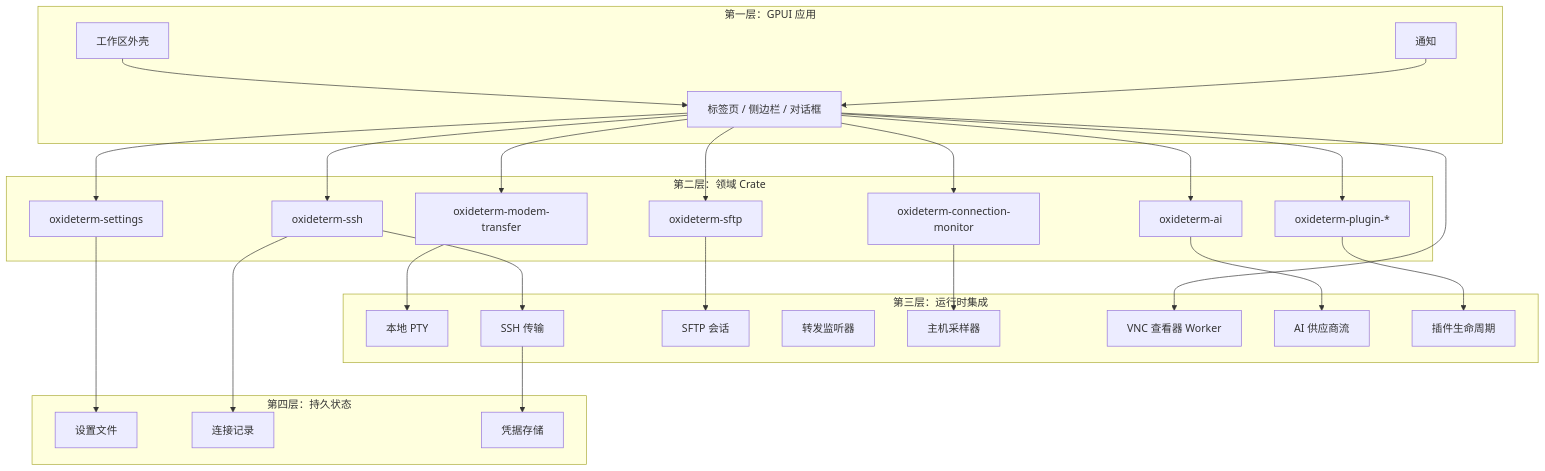
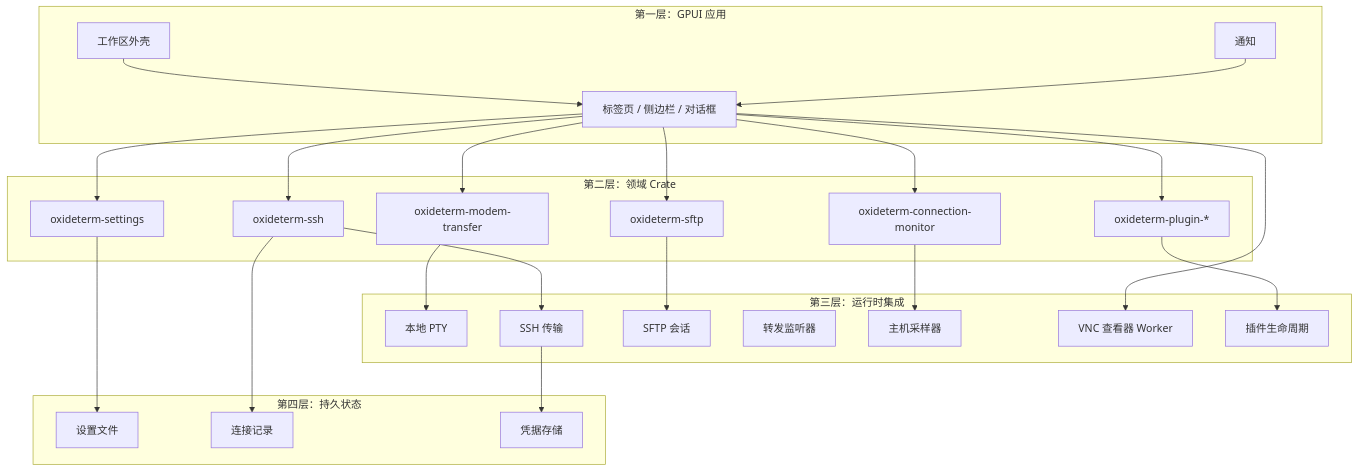
Before and after one commit to imeilige/oxideterm: the fourth of 12 diagrams in docs/user-guide/zh-Hans/architecture.md, drawn with Mermaid. The commit also changed other lines of this file and 339 other files, not shown here.

````diff
--- a/docs/user-guide/zh-Hans/architecture.md
+++ b/docs/user-guide/zh-Hans/architecture.md
@@ -329,55 +315,51 @@
 ```mermaid
 flowchart TB
     subgraph UI["第一层：GPUI 应用"]
         Workspace["工作区外壳"]
         Surfaces["标签页 / 侧边栏 / 对话框"]
         Notifications["通知"]
     end
 
     subgraph Domain["第二层：领域 Crate"]
         Ssh["oxideterm-ssh"]
         Sftp["oxideterm-sftp"]
         MonitorDomain["oxideterm-connection-monitor"]
         ModemDomain["oxideterm-modem-transfer"]
-        Ai["oxideterm-ai"]
         SettingsDomain["oxideterm-settings"]
         PluginsDomain["oxideterm-plugin-*"]
     end
 
     subgraph RuntimeIntegration["第三层：运行时集成"]
         PtyRuntime["本地 PTY"]
         SshRuntime["SSH 传输"]
         SftpRuntime["SFTP 会话"]
         ForwardRuntime["转发监听器"]
         HostSampler["主机采样器"]
         GraphicsRuntime["VNC 查看器 Worker"]
-        ProviderRuntime["AI 供应商流"]
         PluginRuntime["插件生命周期"]
     end
 
     subgraph Durable["第四层：持久状态"]
         SettingsFiles["设置文件"]
         ConnectionFiles["连接记录"]
         Keychain["凭据存储"]
     end
 
     Workspace --> Surfaces
     Surfaces --> Ssh
     Surfaces --> Sftp
     Surfaces --> MonitorDomain
     Surfaces --> ModemDomain
     Surfaces --> GraphicsRuntime
-    Surfaces --> Ai
     Surfaces --> SettingsDomain
     Surfaces --> PluginsDomain
     Ssh --> SshRuntime
     Sftp --> SftpRuntime
     MonitorDomain --> HostSampler
     ModemDomain --> PtyRuntime
-    Ai --> ProviderRuntime
     PluginsDomain --> PluginRuntime
     SshRuntime --> Keychain
     SettingsDomain --> SettingsFiles
     Ssh --> ConnectionFiles
     Notifications --> Surfaces
 ```
````
